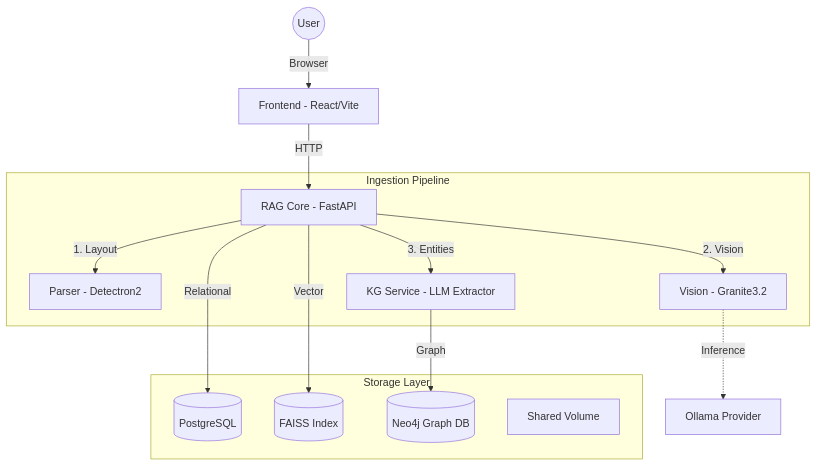
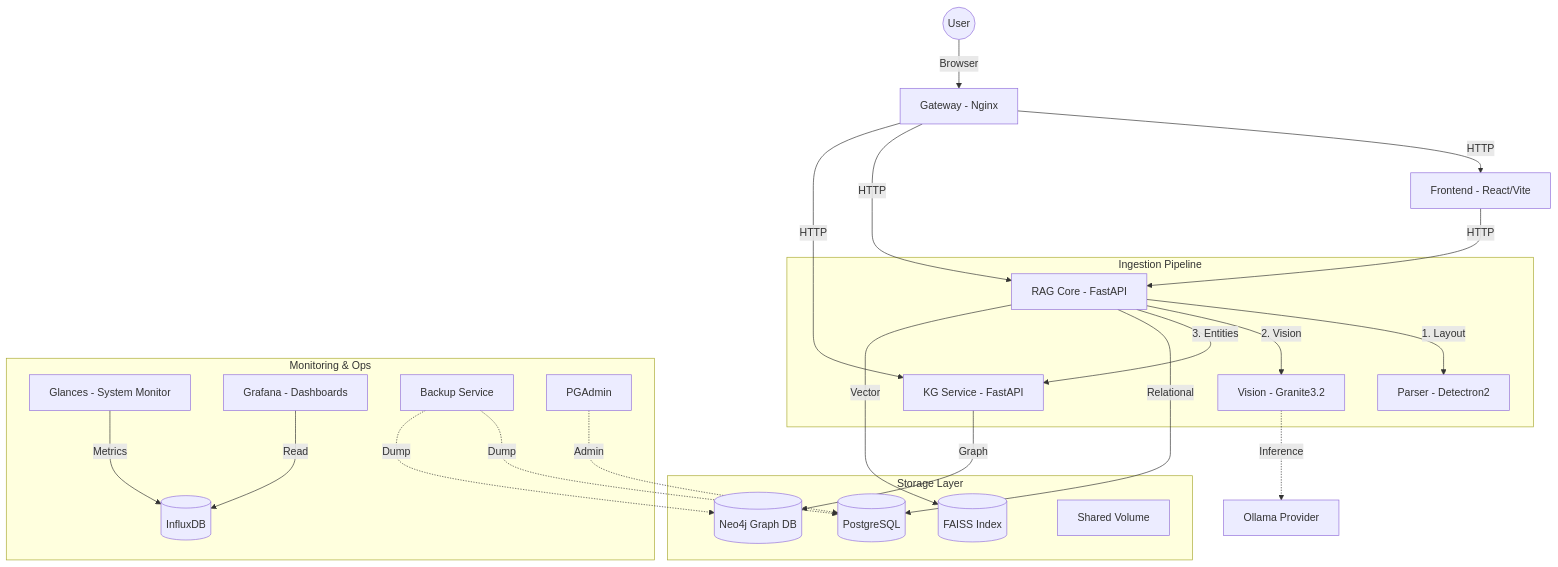
One commit to sft3hy/AIRBud2.0 changed the diagram in README.md. Above: the diagram before and after it, drawn with Mermaid. The commit also changed other lines of this file, not shown here.

````diff
--- a/README.md
+++ b/README.md
@@ -13,20 +13,32 @@
 ```mermaid
 graph TD
-    User((User)) -->|Browser| Frontend[Frontend - React/Vite]
-    Frontend -->|HTTP| Core[RAG Core - FastAPI]
+    User((User)) -->|Browser| Nginx[Gateway - Nginx]
+    Nginx -->|HTTP| Frontend[Frontend - React/Vite]
+    Nginx -->|HTTP| Core[RAG Core - FastAPI]
+    Nginx -->|HTTP| KG[KG Service - FastAPI]
+    
+    Frontend -->|HTTP| Core
 
     subgraph "Ingestion Pipeline"
         Core -->|1. Layout| Parser[Parser - Detectron2]
         Core -->|2. Vision| Vision[Vision - Granite3.2]
-        Core -->|3. Entities| KG[KG Service - LLM Extractor]
+        Core -->|3. Entities| KG
     end
 
     subgraph "Storage Layer"
         Core -->|Relational| Postgres[(PostgreSQL)]
         Core -->|Vector| FAISS[(FAISS Index)]
         KG -->|Graph| Neo4j[(Neo4j Graph DB)]
         SharedVol[Shared Volume]
     end
 
+    subgraph "Monitoring & Ops"
+        Glances[Glances - System Monitor] -->|Metrics| InfluxDB[(InfluxDB)]
+        Grafana[Grafana - Dashboards] -->|Read| InfluxDB
+        Backups[Backup Service] -.->|Dump| Postgres
+        Backups -.->|Dump| Neo4j
+        PGAdmin[PGAdmin] -.->|Admin| Postgres
+    end
+
     Vision -.->|Inference| Ollama[Ollama Provider]
 ```
````
